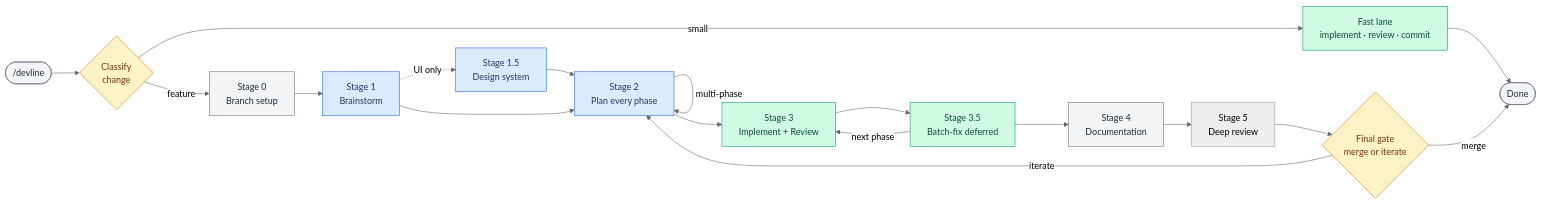
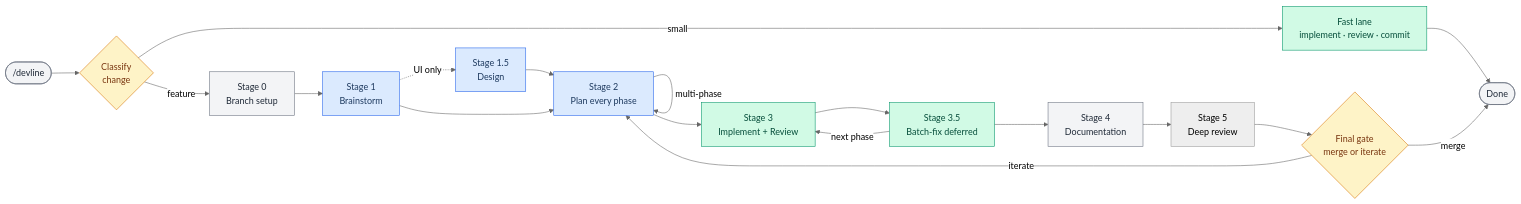
The second of 5 diagrams in README.md (Conava/claude-devline), drawn with Mermaid before and after one commit. The commit also changed other lines of this file and 93 other files, not shown here.

````diff
--- a/README.md
+++ b/README.md
@@ -124,33 +125,33 @@
 ```mermaid
 %%{init: {'theme': 'neutral'}}%%
 flowchart LR
     start(["/devline"]) --> triage{"Classify\nchange"}
     triage -->|small| fast["Fast lane\nimplement · review · commit"]
     fast --> done(["Done"])
 
     triage -->|feature| s0["Stage 0\nBranch setup"]
     s0 --> s1["Stage 1\nBrainstorm"]
-    s1 -. "UI only" .-> s15["Stage 1.5\nDesign system"]
+    s1 -. "UI only" .-> s15["Stage 1.5\nDesign"]
     s15 --> s2["Stage 2\nPlan every phase"]
     s1 --> s2
     s2 -->|multi-phase| s2
     s2 --> s3["Stage 3\nImplement + Review"]
     s3 --> s35["Stage 3.5\nBatch-fix deferred"]
     s35 -->|next phase| s3
     s35 --> s4["Stage 4\nDocumentation"]
     s4 --> s5["Stage 5\nDeep review"]
     s5 --> gate{"Final gate\nmerge or iterate"}
     gate -->|iterate| s2
     gate -->|merge| done
 
     classDef auto fill:#f3f4f6,stroke:#6b7280,color:#1f2937
     classDef interactive fill:#dbeafe,stroke:#2563eb,color:#1e3a5f
     classDef impl fill:#d1fae5,stroke:#059669,color:#064e3b
     classDef decision fill:#fef3c7,stroke:#d97706,color:#78350f
 
     class s0,s4 auto
     class s1,s15,s2 interactive
     class s3,s35,fast impl
     class triage,gate decision
     class start,done auto
 ```
````
